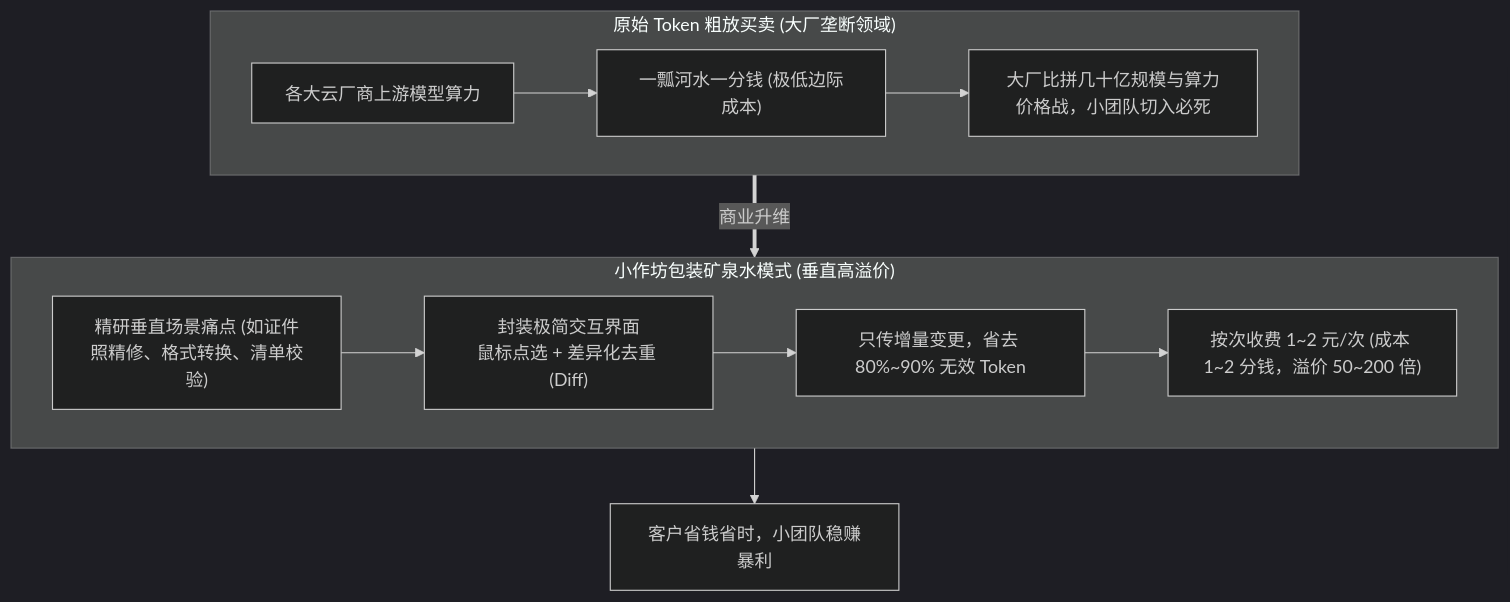
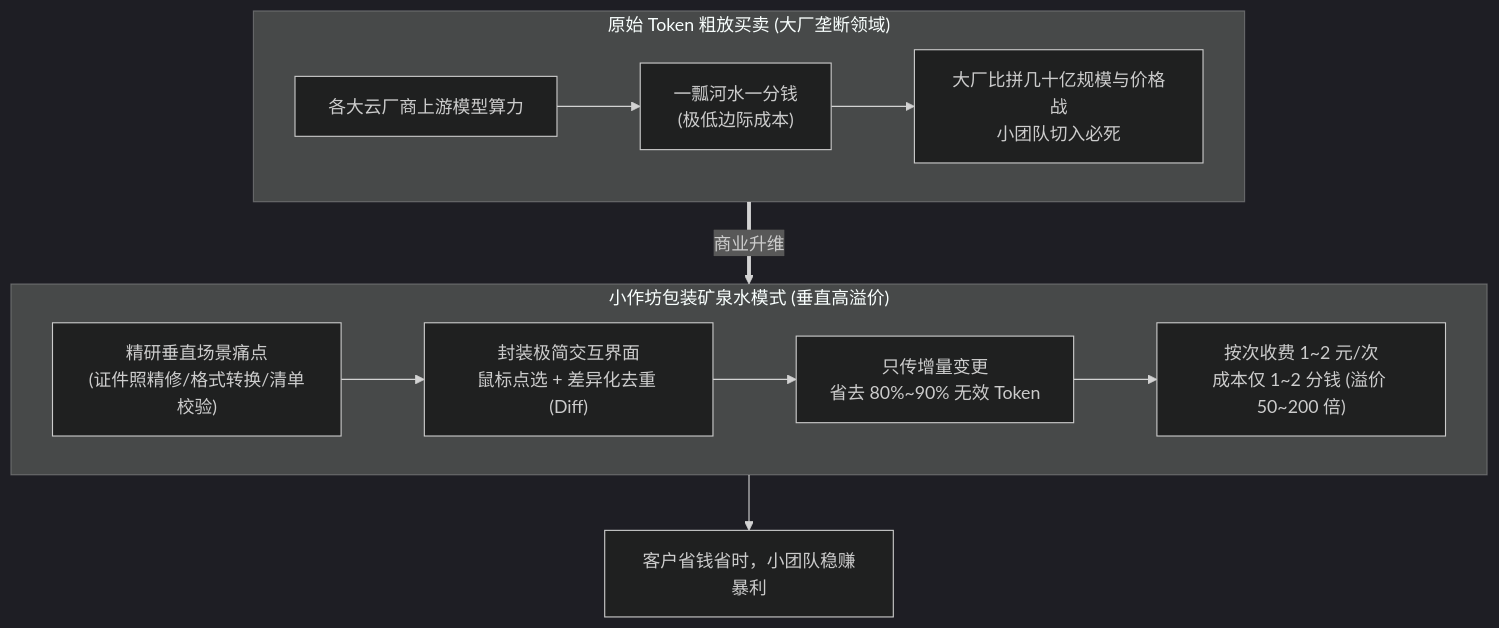
One commit to dollarser/knowledge changed the fifth of 16 diagrams in content/live-20261102-01.md. Above: the diagram before and after it, drawn with Mermaid (dark theme). The commit also changed other lines of this file, not shown here.

Commit message:
style(mermaid): verticalize internal nodes with multi-line breaks for mobile read

````diff
--- a/content/live-20261102-01.md
+++ b/content/live-20261102-01.md
@@ -148,20 +153,20 @@
 ```mermaid
 flowchart TD
     subgraph RawToken["原始 Token 粗放买卖 (大厂垄断领域)"]
         R1["各大云厂商上游模型算力"]
-        R2["一瓢河水一分钱 (极低边际成本)"]
-        R3["大厂比拼几十亿规模与算力价格战，小团队切入必死"]
+        R2["一瓢河水一分钱<br/>(极低边际成本)"]
+        R3["大厂比拼几十亿规模与价格战<br/>小团队切入必死"]
         R1 --> R2 --> R3
     end
 
     subgraph BottledWater["小作坊包装矿泉水模式 (垂直高溢价)"]
-        W1["精研垂直场景痛点 (如证件照精修、格式转换、清单校验)"]
+        W1["精研垂直场景痛点<br/>(证件照精修/格式转换/清单校验)"]
         W2["封装极简交互界面<br/>鼠标点选 + 差异化去重 (Diff)"]
-        W3["只传增量变更，省去 80%~90% 无效 Token"]
-        W4["按次收费 1~2 元/次 (成本 1~2 分钱，溢价 50~200 倍)"]
+        W3["只传增量变更<br/>省去 80%~90% 无效 Token"]
+        W4["按次收费 1~2 元/次<br/>成本仅 1~2 分钱 (溢价 50~200 倍)"]
         W1 --> W2 --> W3 --> W4
     end
 
     RawToken ==>|商业升维| BottledWater
     BottledWater --> Cash["客户省钱省时，小团队稳赚暴利"]
 ```
````
